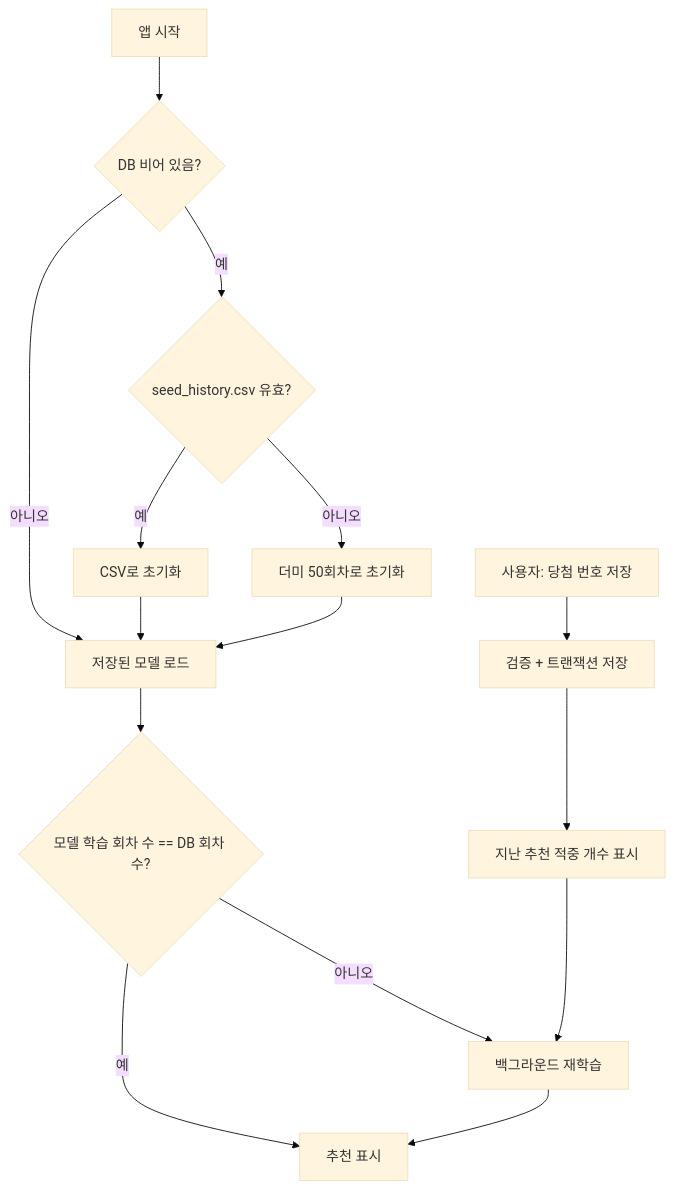
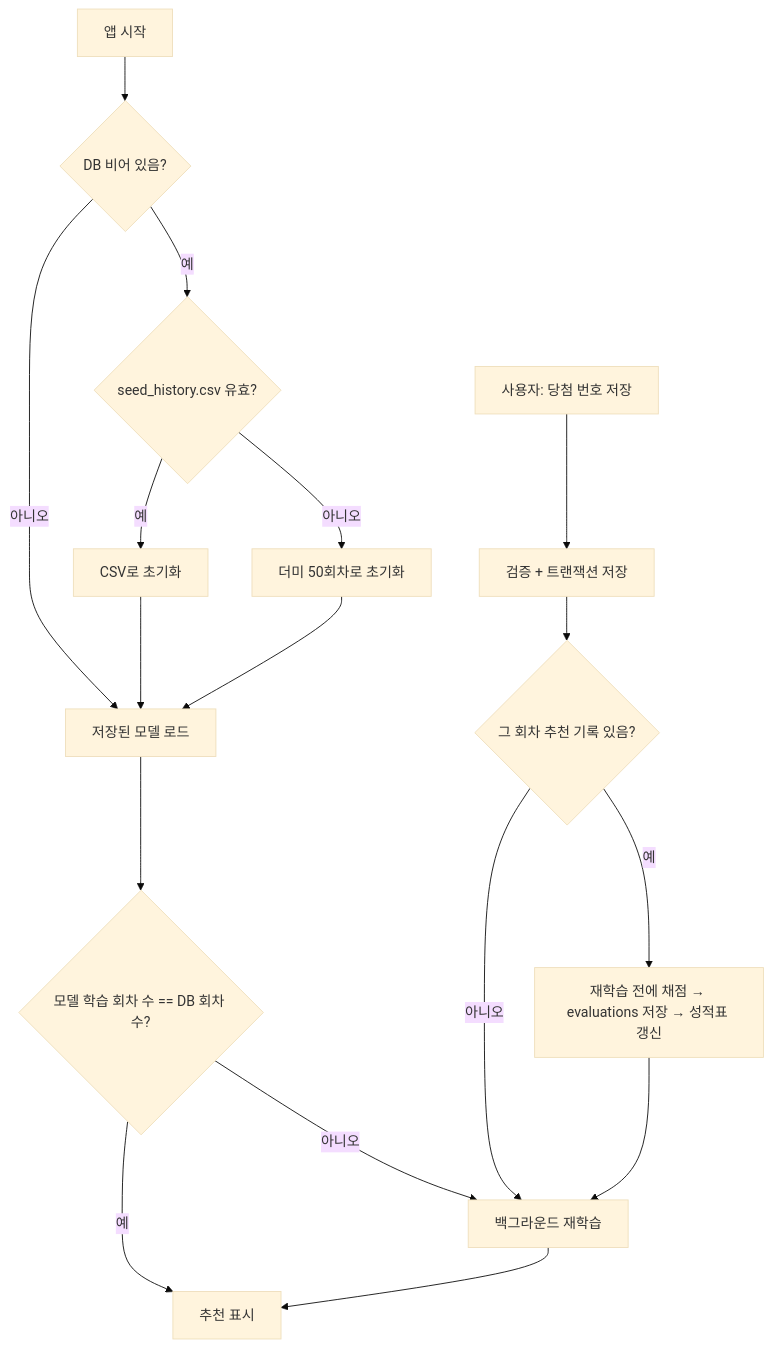
The diagram in README.md (pamtelo/lotto-offline), drawn with Mermaid (base theme) before and after one commit. The commit also changed other lines of this file and 6 other files, not shown here.

````diff
--- a/README.md
+++ b/README.md
@@ -47,16 +48,18 @@
 ```mermaid
 flowchart TD
     A[앱 시작] --> B{DB 비어 있음?}
     B -- 예 --> C{seed_history.csv 유효?}
     C -- 예 --> D[CSV로 초기화]
     C -- 아니오 --> E[더미 50회차로 초기화]
     B -- 아니오 --> F[저장된 모델 로드]
     D --> F
     E --> F
     F --> G{모델 학습 회차 수 == DB 회차 수?}
     G -- 예 --> H[추천 표시]
     G -- 아니오 --> I[백그라운드 재학습] --> H
     J[사용자: 당첨 번호 저장] --> K[검증 + 트랜잭션 저장]
-    K --> L[지난 추천 적중 개수 표시]
-    L --> I
+    K --> L{그 회차 추천 기록 있음?}
+    L -- 예 --> M[재학습 전에 채점 → evaluations 저장 → 성적표 갱신]
+    L -- 아니오 --> I
+    M --> I
 ```
````
